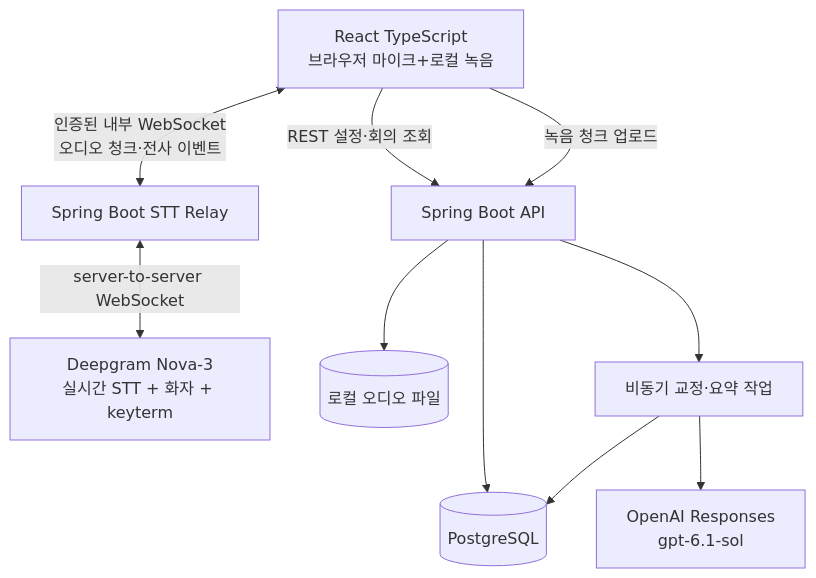
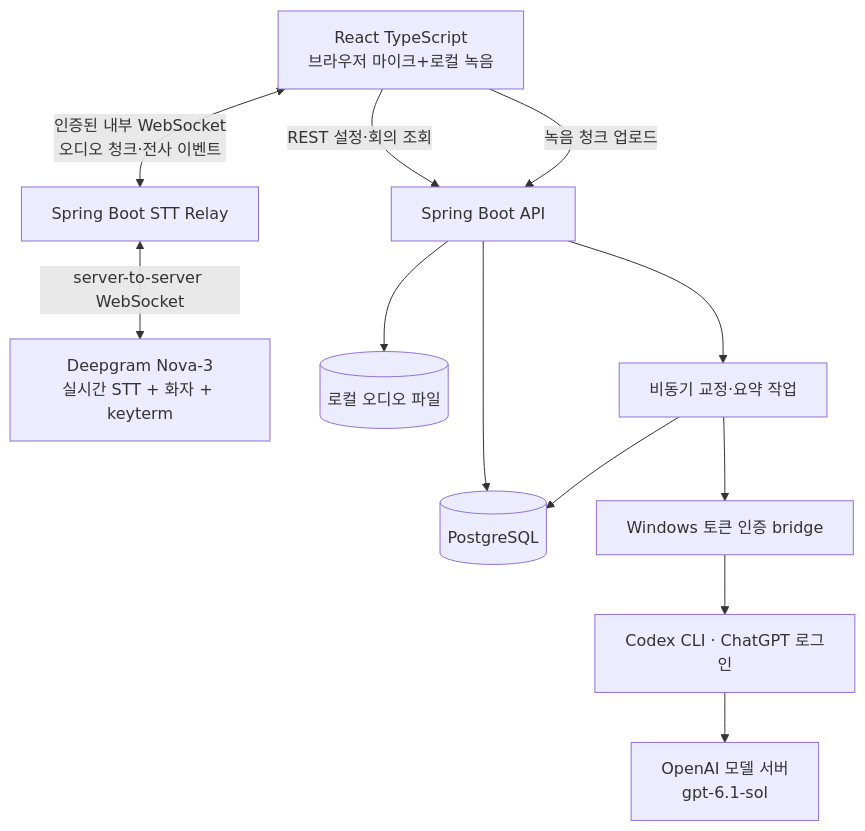
Before and after one commit to Iusto/meeting-note: the diagram in docs/03-ARCHITECTURE.md, drawn with Mermaid. The commit also changed other lines of this file and 42 other files, not shown here.

````diff
--- a/docs/03-ARCHITECTURE.md
+++ b/docs/03-ARCHITECTURE.md
@@ -10,16 +10,18 @@
 ```mermaid
 flowchart TD
   WEB[React TypeScript
 브라우저 마이크+로컬 녹음] -->|REST 설정·회의 조회| API[Spring Boot API]
   WEB <-->|인증된 내부 WebSocket
 오디오 청크·전사 이벤트| RELAY[Spring Boot STT Relay]
   RELAY <-->|server-to-server WebSocket| DG[Deepgram Nova-3
 실시간 STT + 화자 + keyterm]
   WEB -->|녹음 청크 업로드| API
   API --> DB[(PostgreSQL)]
   API --> FILES[(로컬 오디오 파일)]
   API --> JOB[비동기 교정·요약 작업]
-  JOB --> SOL[OpenAI Responses
+  JOB --> BRIDGE[Windows 토큰 인증 bridge]
+  BRIDGE --> CLI[Codex CLI · ChatGPT 로그인]
+  CLI --> SOL[OpenAI 모델 서버
 gpt-6.1-sol]
   JOB --> DB
 ```
````
